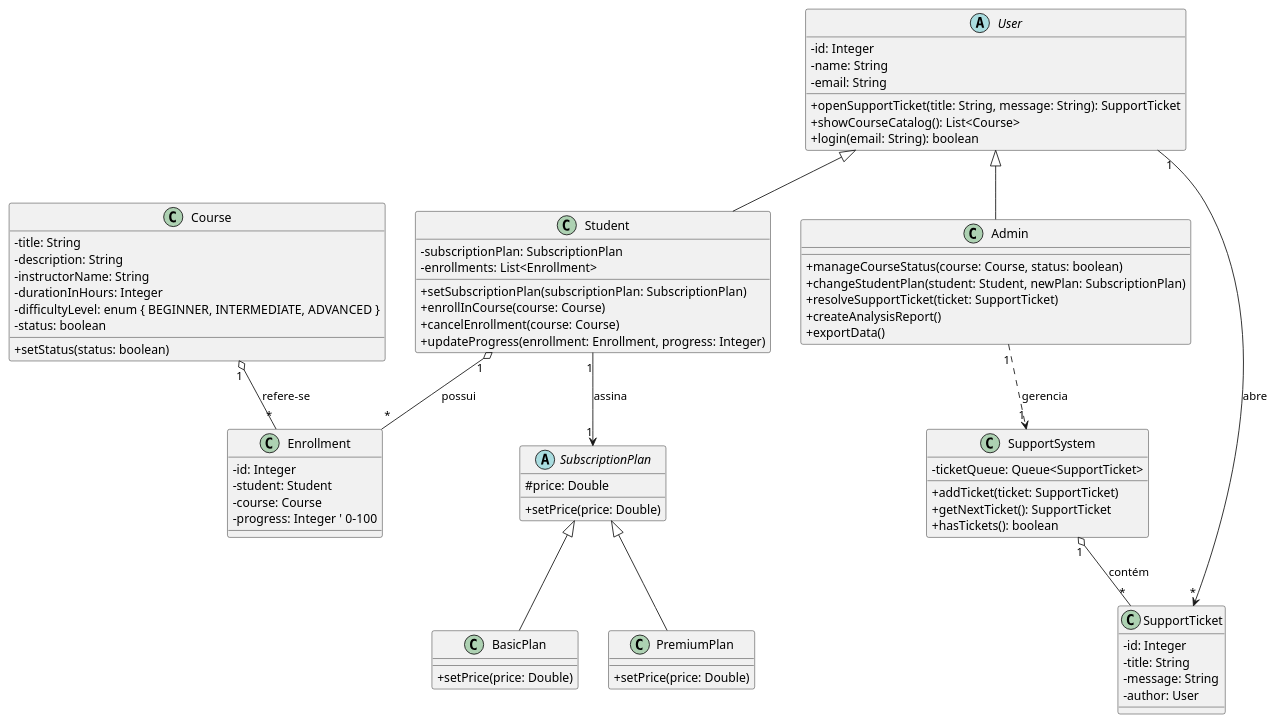
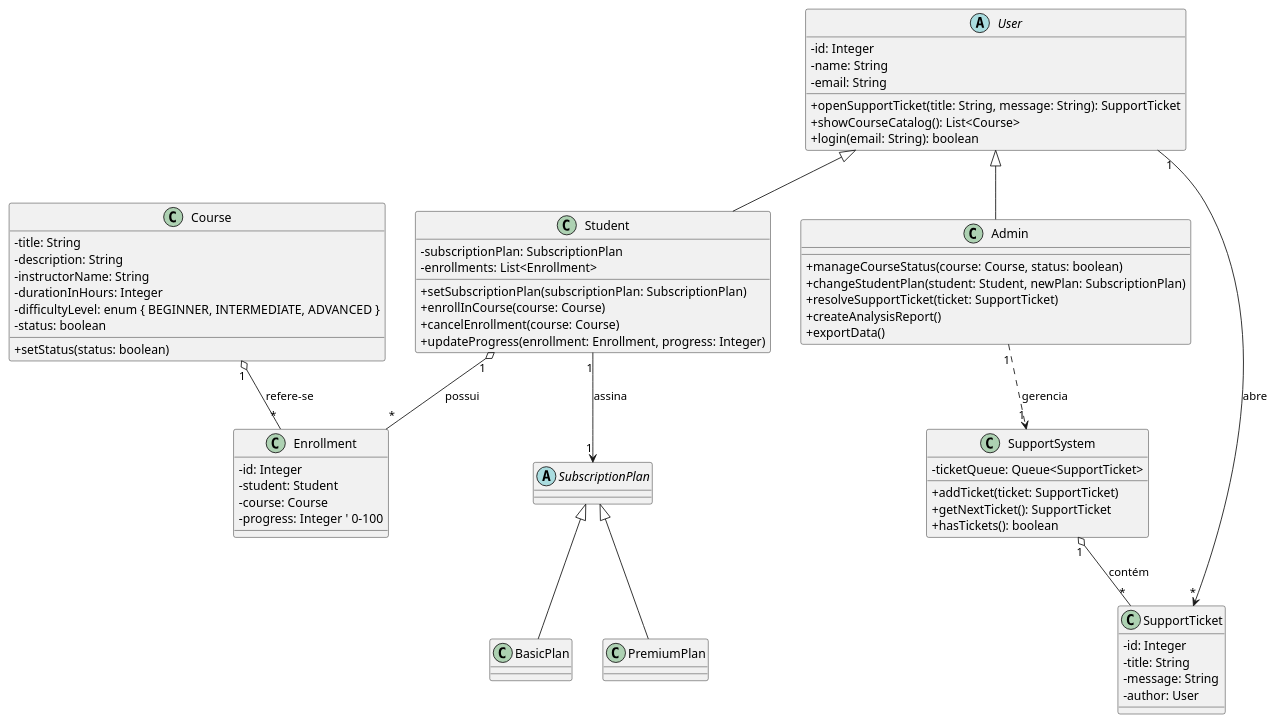
The diagram in Docs/diagramaDeClasses.puml (AnaJu-Pires/AcademiaDev), drawn with PlantUML before and after one commit. The commit also changed 6 other files, not shown here.

```diff
--- a/Docs/diagramaDeClasses.puml
+++ b/Docs/diagramaDeClasses.puml
@@ -1,87 +1,83 @@
 @startuml AcademiaDev
 
 skinparam classAttributeIconSize 0
 
 class Course {
   - title: String
   - description: String
   - instructorName: String
   - durationInHours: Integer
   - difficultyLevel: enum { BEGINNER, INTERMEDIATE, ADVANCED }
   - status: boolean
   + setStatus(status: boolean)
 }
 
 class Enrollment {
   - id: Integer
   - student: Student
   - course: Course
   - progress: Integer ' 0-100
 }
 
 abstract class SubscriptionPlan {
-  # price: Double
-  + setPrice(price: Double)
 }
 
 class BasicPlan extends SubscriptionPlan {
-  + setPrice(price: Double)
 }
 
 class PremiumPlan extends SubscriptionPlan {
-  + setPrice(price: Double)
 }
 
 abstract class User {
   - id: Integer
   - name: String
   - email: String
   + openSupportTicket(title: String, message: String): SupportTicket
   + showCourseCatalog(): List<Course>
   + login(email: String): boolean
 }
 
 class Student extends User {
   - subscriptionPlan: SubscriptionPlan
   - enrollments: List<Enrollment>
   + setSubscriptionPlan(subscriptionPlan: SubscriptionPlan)
   + enrollInCourse(course: Course)
   + cancelEnrollment(course: Course)
   + updateProgress(enrollment: Enrollment, progress: Integer)
 }
 
 class Admin extends User {
   + manageCourseStatus(course: Course, status: boolean)
   + changeStudentPlan(student: Student, newPlan: SubscriptionPlan)
   + resolveSupportTicket(ticket: SupportTicket)
   + createAnalysisReport()
   + exportData()
 }
 
 class SupportTicket {
   - id: Integer
   - title: String
   - message: String
   - author: User
 }
 
 class SupportSystem {
   - ticketQueue: Queue<SupportTicket>
   + addTicket(ticket: SupportTicket)
   + getNextTicket(): SupportTicket
   + hasTickets(): boolean
 }
 
 
 
 Student "1" --> "1" SubscriptionPlan : assina
 
 Student "1" o-- "*" Enrollment : possui
 Course "1" o-- "*" Enrollment : refere-se
 
 User "1" --> "*" SupportTicket : abre
 
 Admin "1" ..> "1" SupportSystem : gerencia
 SupportSystem "1" o-- "*" SupportTicket : contém
 
 @enduml
```
